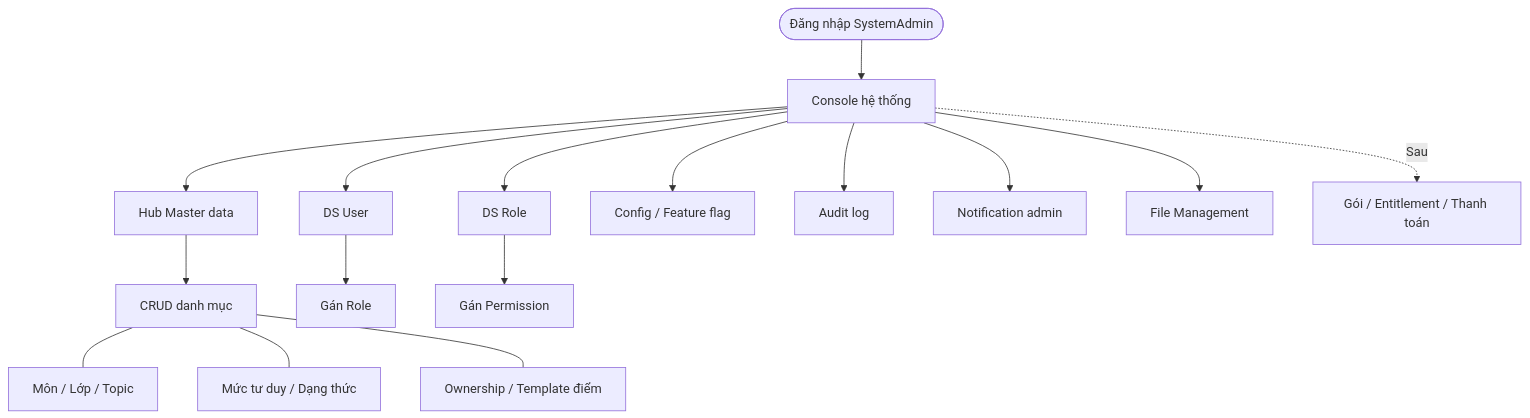
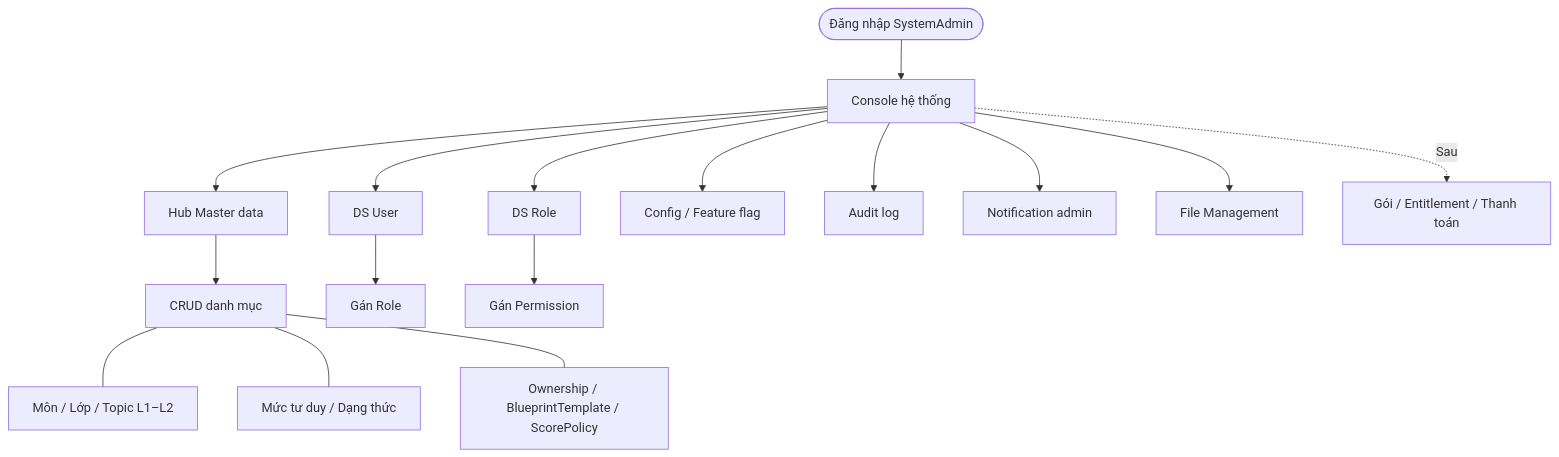
Before and after one commit to ANPHANVAN/educationGarena: the second of 2 diagrams in docs/BA/BA Demo/13-Luong-man-hinh-va-chuc-nang.md, drawn with Mermaid. The commit also changed other lines of this file, not shown here.

Commit message:
docs: Bổ sung các màn hình cho flow tạo đề, chi tiết về chức năng của các màn hình

````diff
--- a/docs/BA/BA Demo/13-Luong-man-hinh-va-chuc-nang.md
+++ b/docs/BA/BA Demo/13-Luong-man-hinh-va-chuc-nang.md
@@ -116,21 +128,21 @@
 ```mermaid
 flowchart TB
   Login([Đăng nhập SystemAdmin]) --> Console[Console hệ thống]
 
   Console --> Hub[Hub Master data]
   Hub --> CRUD[CRUD danh mục]
-  CRUD --- MD1[Môn / Lớp / Topic]
+  CRUD --- MD1[Môn / Lớp / Topic L1–L2]
   CRUD --- MD2[Mức tư duy / Dạng thức]
-  CRUD --- MD3[Ownership / Template điểm]
+  CRUD --- MD3[Ownership / BlueprintTemplate / ScorePolicy]
 
   Console --> Users[DS User]
   Users --> AssignRole[Gán Role]
   Console --> Roles[DS Role]
   Roles --> AssignPerm[Gán Permission]
 
   Console --> Config[Config / Feature flag]
   Console --> Audit[Audit log]
   Console --> NotifAdmin[Notification admin]
   Console --> Files[File Management]
   Console -.->|Sau| Billing[Gói / Entitlement / Thanh toán]
 ```
````
